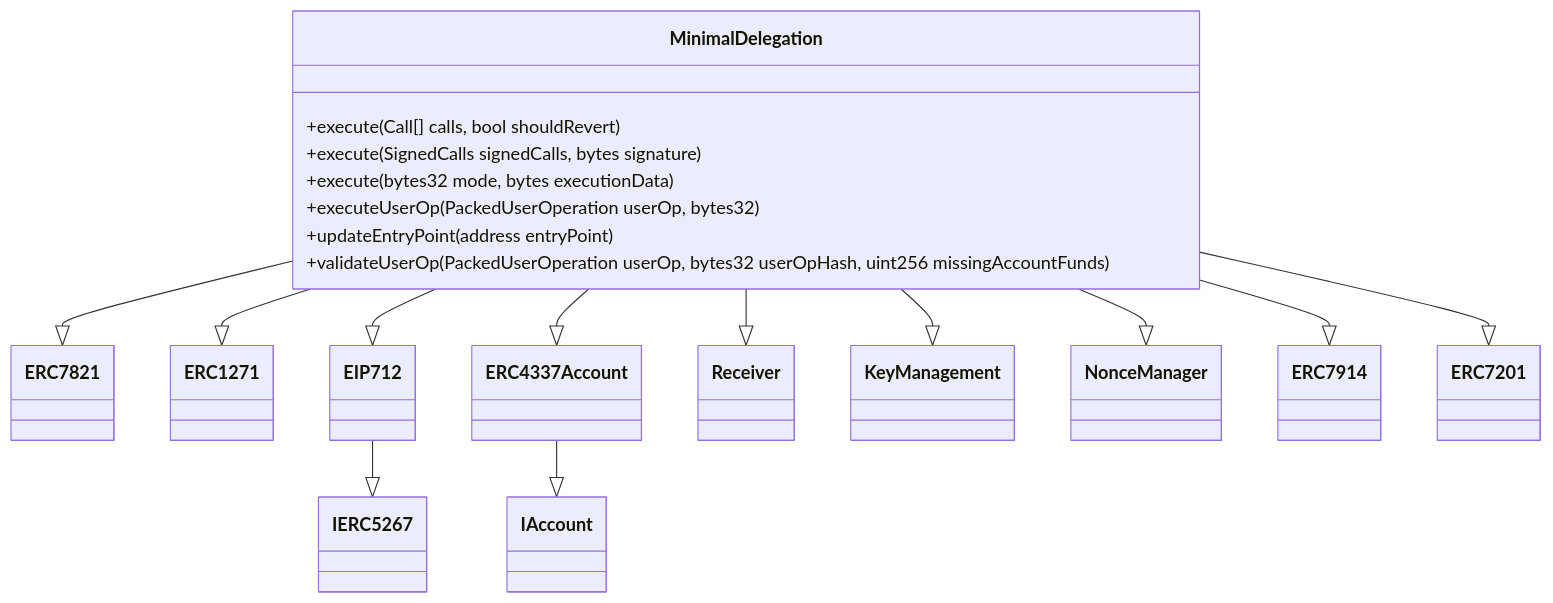
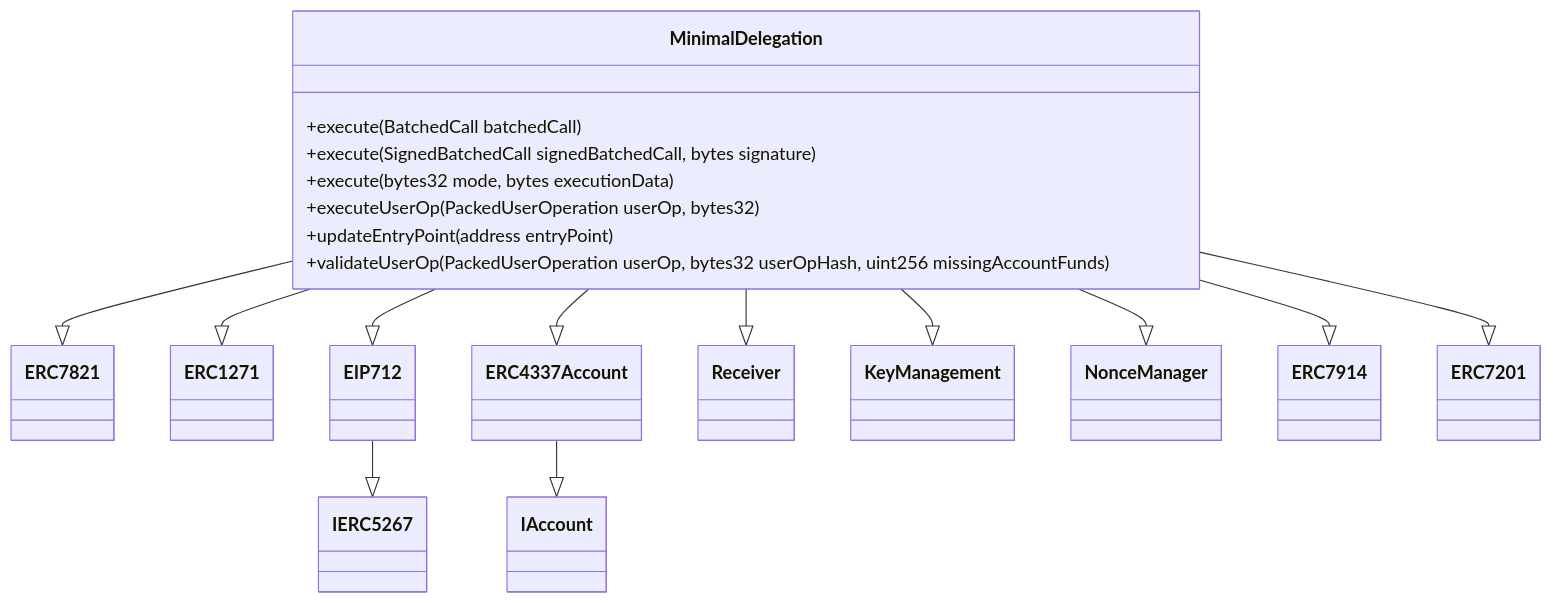
Before and after one commit to Uniswap/minimal-delegation: the first of 6 diagrams in README.md, drawn with Mermaid. The commit also changed other lines of this file and 3 other files, not shown here.

````diff
--- a/README.md
+++ b/README.md
@@ -28,24 +28,24 @@
 ```mermaid
 classDiagram
     MinimalDelegation --|> ERC7821
     MinimalDelegation --|> ERC1271
     MinimalDelegation --|> EIP712
     MinimalDelegation --|> ERC4337Account
     MinimalDelegation --|> Receiver
     MinimalDelegation --|> KeyManagement
     MinimalDelegation --|> NonceManager
     MinimalDelegation --|> ERC7914
     MinimalDelegation --|> ERC7201
     
     EIP712 --|> IERC5267
     ERC4337Account --|> IAccount
     
     class MinimalDelegation {
-        +execute(Call[] calls, bool shouldRevert)
-        +execute(SignedCalls signedCalls, bytes signature)
+        +execute(BatchedCall batchedCall)
+        +execute(SignedBatchedCall signedBatchedCall, bytes signature)
         +execute(bytes32 mode, bytes executionData)
         +executeUserOp(PackedUserOperation userOp, bytes32)
         +updateEntryPoint(address entryPoint)
         +validateUserOp(PackedUserOperation userOp, bytes32 userOpHash, uint256 missingAccountFunds)
     }
 ```
````
